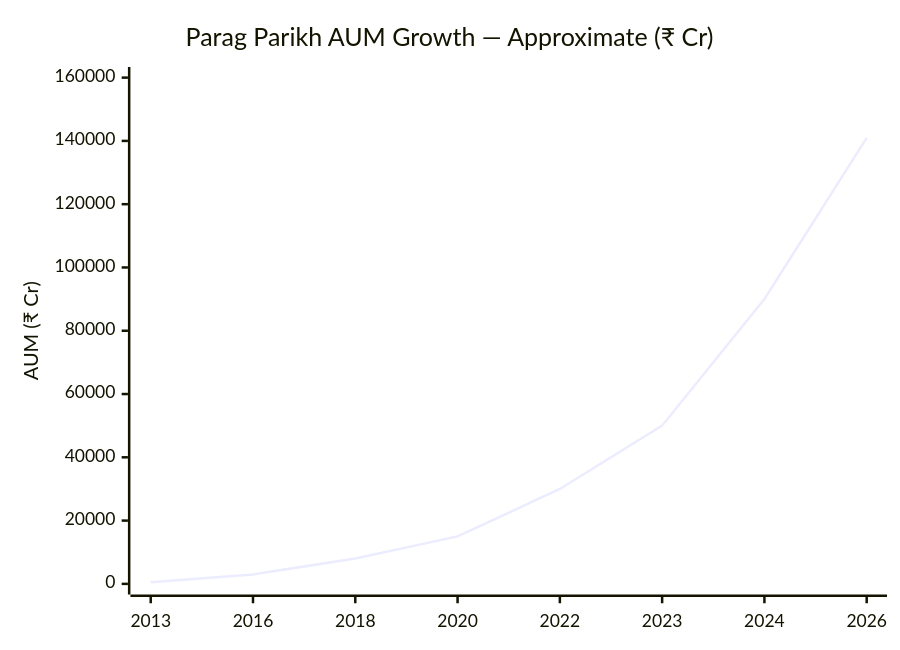
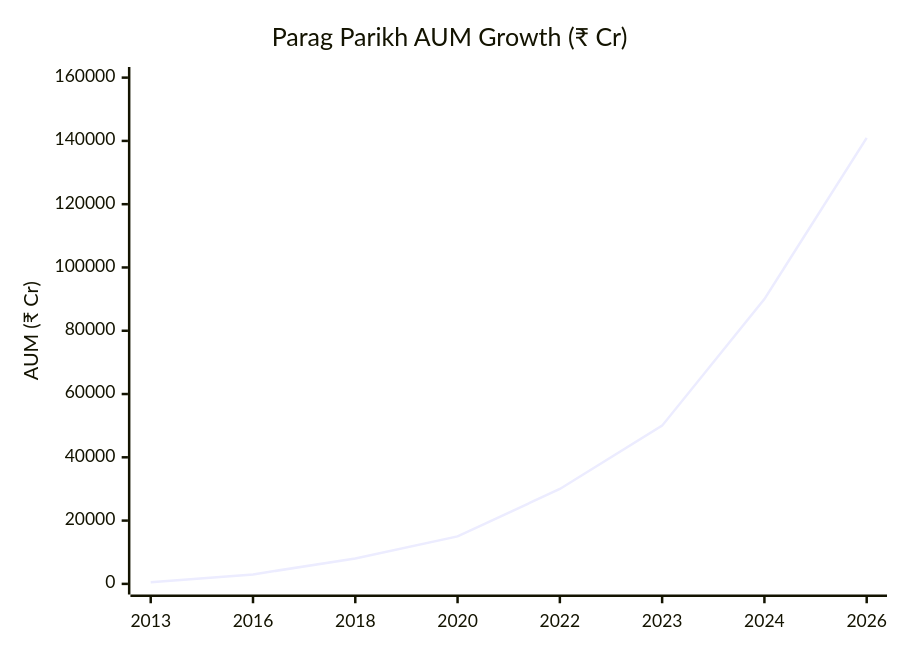
The fifth of 11 diagrams in Mutual Fund/FlexiCap/funds/parag_parikh/module4_cost.md (mayankutkarsh334/Investment), drawn with Mermaid before and after one commit. The commit also changed other lines of this file and 4 other files, not shown here.

First line of the commit message:
feat: complete deep-study modules 2–6 for Parag Parikh Flexi Cap Fund

````diff
--- a/Mutual Fund/FlexiCap/funds/parag_parikh/module4_cost.md
+++ b/Mutual Fund/FlexiCap/funds/parag_parikh/module4_cost.md
@@ -50,7 +104,7 @@
 ```mermaid
 xychart-beta
-    title "Parag Parikh AUM Growth — Approximate (₹ Cr)"
+    title "Parag Parikh AUM Growth (₹ Cr)"
     x-axis ["2013", "2016", "2018", "2020", "2022", "2023", "2024", "2026"]
     y-axis "AUM (₹ Cr)" 0 --> 160000
     line [500, 3000, 8000, 15000, 30000, 50000, 90000, 140950]
 ```
````
